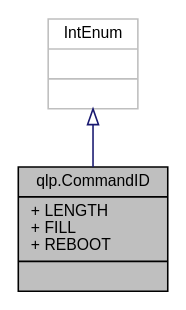
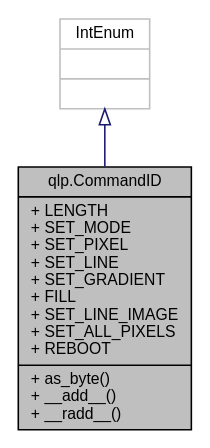
Before and after one commit to Quantum-0/qlsc: the diagram in classqlp_1_1CommandID__coll__graph.dot, drawn with Graphviz. The commit also changed 151 other files, not shown here.

```diff
--- a/classqlp_1_1CommandID__coll__graph.dot
+++ b/classqlp_1_1CommandID__coll__graph.dot
@@ -1,9 +1,9 @@
 digraph "qlp.CommandID"
 {
  // LATEX_PDF_SIZE
   edge [fontname="Helvetica",fontsize="10",labelfontname="Helvetica",labelfontsize="10"];
   node [fontname="Helvetica",fontsize="10",shape=record];
-  Node1 [label="{qlp.CommandID\n|+ LENGTH\l+ FILL\l+ REBOOT\l|}",height=0.2,width=0.4,color="black", fillcolor="grey75", style="filled", fontcolor="black",tooltip=" "];
+  Node1 [label="{qlp.CommandID\n|+ LENGTH\l+ SET_MODE\l+ SET_PIXEL\l+ SET_LINE\l+ SET_GRADIENT\l+ FILL\l+ SET_LINE_IMAGE\l+ SET_ALL_PIXELS\l+ REBOOT\l|+ as_byte()\l+ __add__()\l+ __radd__()\l}",height=0.2,width=0.4,color="black", fillcolor="grey75", style="filled", fontcolor="black",tooltip=" "];
   Node2 -> Node1 [dir="back",color="midnightblue",fontsize="10",style="solid",arrowtail="onormal",fontname="Helvetica"];
   Node2 [label="{IntEnum\n||}",height=0.2,width=0.4,color="grey75", fillcolor="white", style="filled",tooltip=" "];
 }
```
